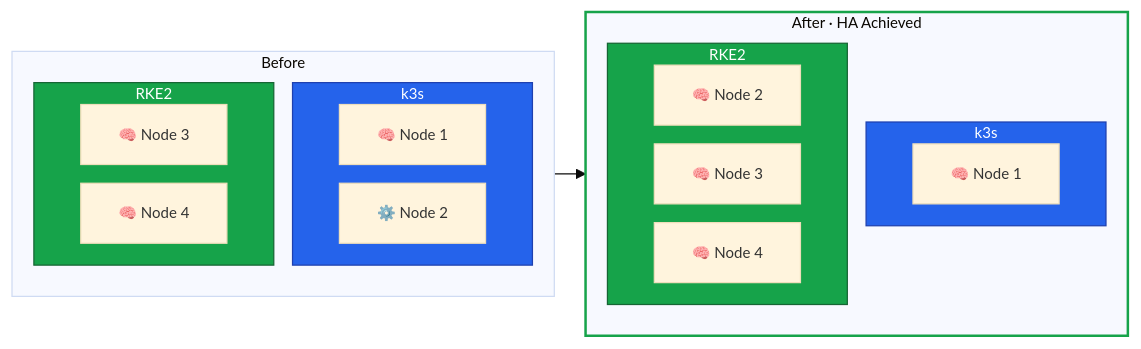
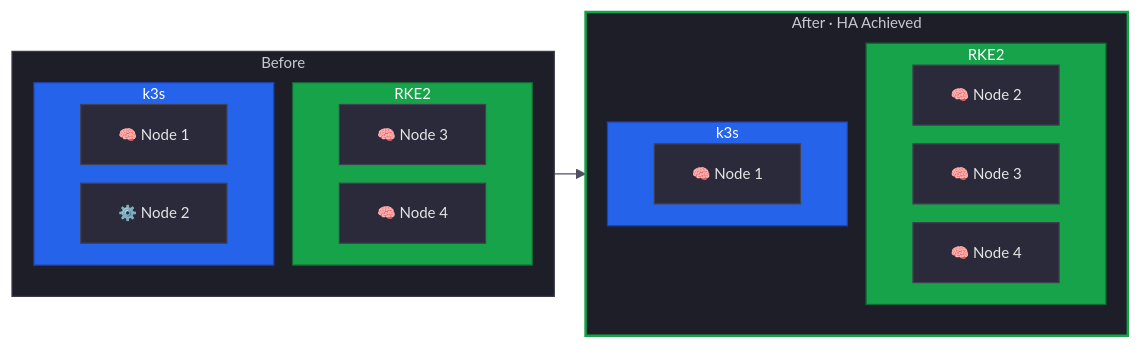
One commit to philprime/philprime.dev changed the third of 5 diagrams in guides/migrating-k3s-to-rke2/lesson-1.md. Above: the diagram before and after it, drawn with Mermaid. The commit also changed other lines of this file and 16 other files, not shown here.

````diff
--- a/guides/migrating-k3s-to-rke2/lesson-1.md
+++ b/guides/migrating-k3s-to-rke2/lesson-1.md
@@ -145,36 +146,36 @@
 ```mermaid!
-%%{init: {"theme": "base", "flowchart": {"nodeSpacing": 15, "rankSpacing": 25}, "themeVariables": {"fontSize": "12px"}}}%%
+%%{init: {"theme": "base", "flowchart": {"nodeSpacing": 15, "rankSpacing": 25}, "themeVariables": {"fontSize": "12px", "background": "#181818", "textColor": "#c8c8d0", "lineColor": "#505060", "primaryColor": "#2a2a3a", "primaryTextColor": "#e6e6e6", "primaryBorderColor": "#404050", "clusterBkg": "#1e1e28", "clusterBorder": "#3a3a4a", "edgeLabelBackground": "#1e1e28", "titleColor": "#c8c8d0"}}}%%
 flowchart LR
 classDef clusterA fill:#2563eb,color:#ffffff,stroke:#1e40af
 classDef clusterB fill:#16a34a,color:#ffffff,stroke:#166534
 classDef success stroke:#16a34a,stroke-width:2px
 
 subgraph before["Before"]
   direction TB
+  subgraph bB["RKE2"]
+    bB3["🧠 Node 3"]
+    bB4["🧠 Node 4"]
+  end
   subgraph bA["k3s"]
     bA1["🧠 Node 1"]
     bA2["⚙️ Node 2"]
-  end
-  subgraph bB["RKE2"]
-    bB3["🧠 Node 3"]
-    bB4["🧠 Node 4"]
   end
 end
 
 subgraph after["After · HA Achieved"]
   direction TB
-  subgraph aA["k3s"]
-    aA1["🧠 Node 1"]
-  end
   subgraph aB["RKE2"]
     aB2["🧠 Node 2"]
     aB3["🧠 Node 3"]
     aB4["🧠 Node 4"]
+  end
+  subgraph aA["k3s"]
+    aA1["🧠 Node 1"]
   end
 end
 
 before --> after
 class bA,aA clusterA
 class bB,aB clusterB
 class after success
 ```
````
